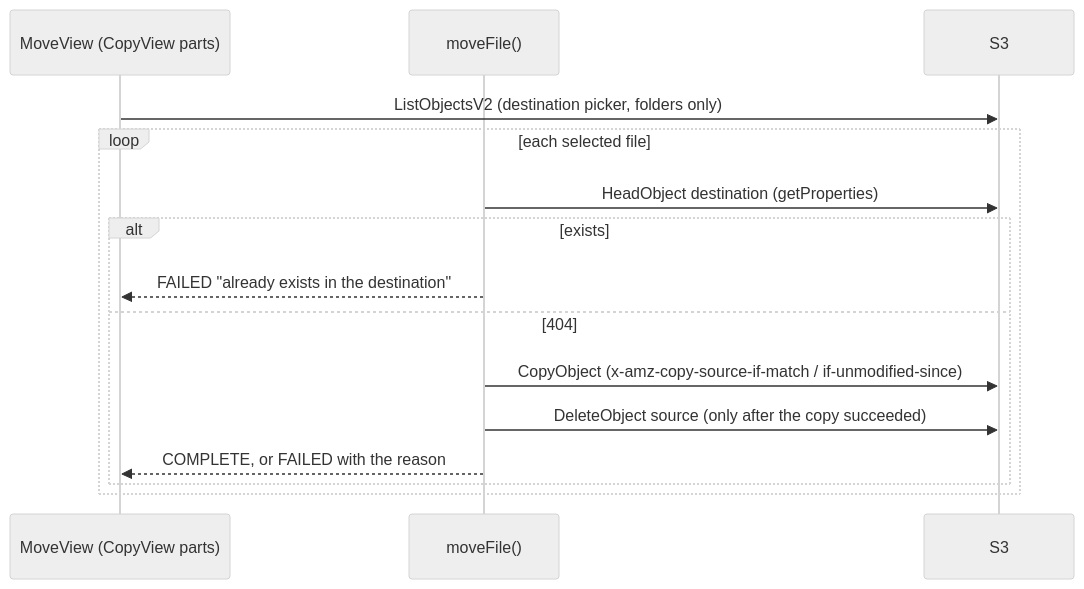
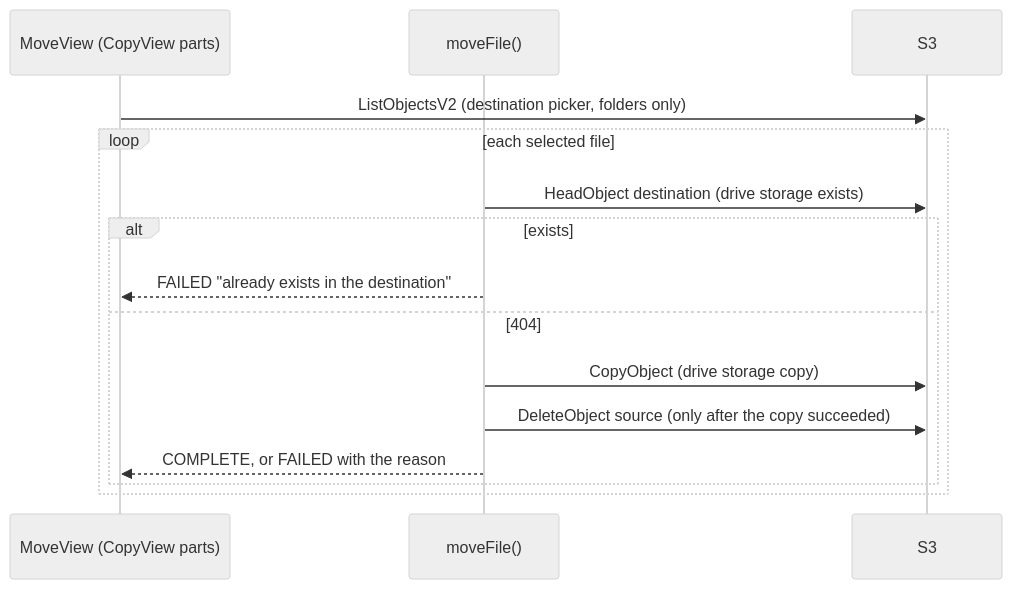
Before and after one commit to hualinh1012/personal-storage: the fourth of 6 diagrams in docs/features/global-drive.md, drawn with Mermaid (neutral theme). The commit also changed other lines of this file and 36 other files, not shown here.

First line of the commit message:
refactor(web): one drive-storage seam with S3 and in-memory adapters (#39)

````diff
--- a/docs/features/global-drive.md
+++ b/docs/features/global-drive.md
@@ -166,18 +166,18 @@
 ```mermaid
 sequenceDiagram
     participant MV as MoveView (CopyView parts)
     participant MF as moveFile()
     participant S3
 
     MV->>S3: ListObjectsV2 (destination picker, folders only)
     loop each selected file
-        MF->>S3: HeadObject destination (getProperties)
+        MF->>S3: HeadObject destination (drive storage exists)
         alt exists
             MF-->>MV: FAILED "already exists in the destination"
         else 404
-            MF->>S3: CopyObject (x-amz-copy-source-if-match / if-unmodified-since)
+            MF->>S3: CopyObject (drive storage copy)
             MF->>S3: DeleteObject source (only after the copy succeeded)
             MF-->>MV: COMPLETE, or FAILED with the reason
         end
     end
 ```
````
